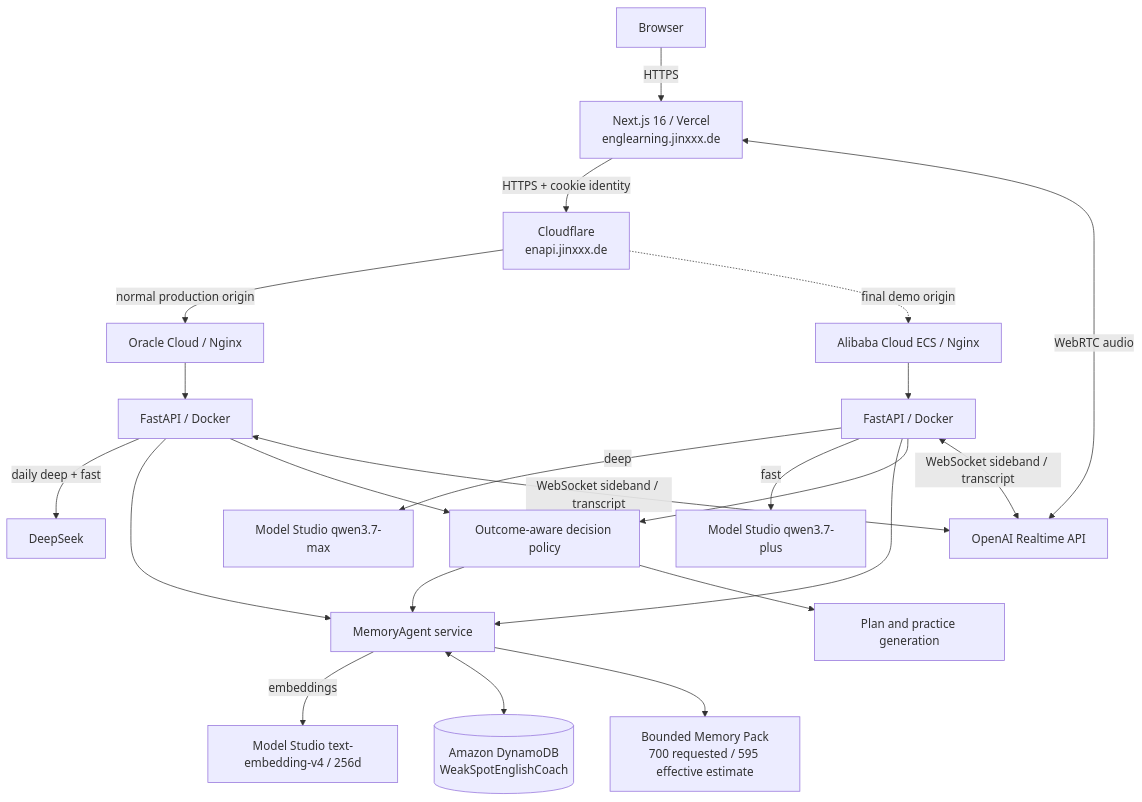
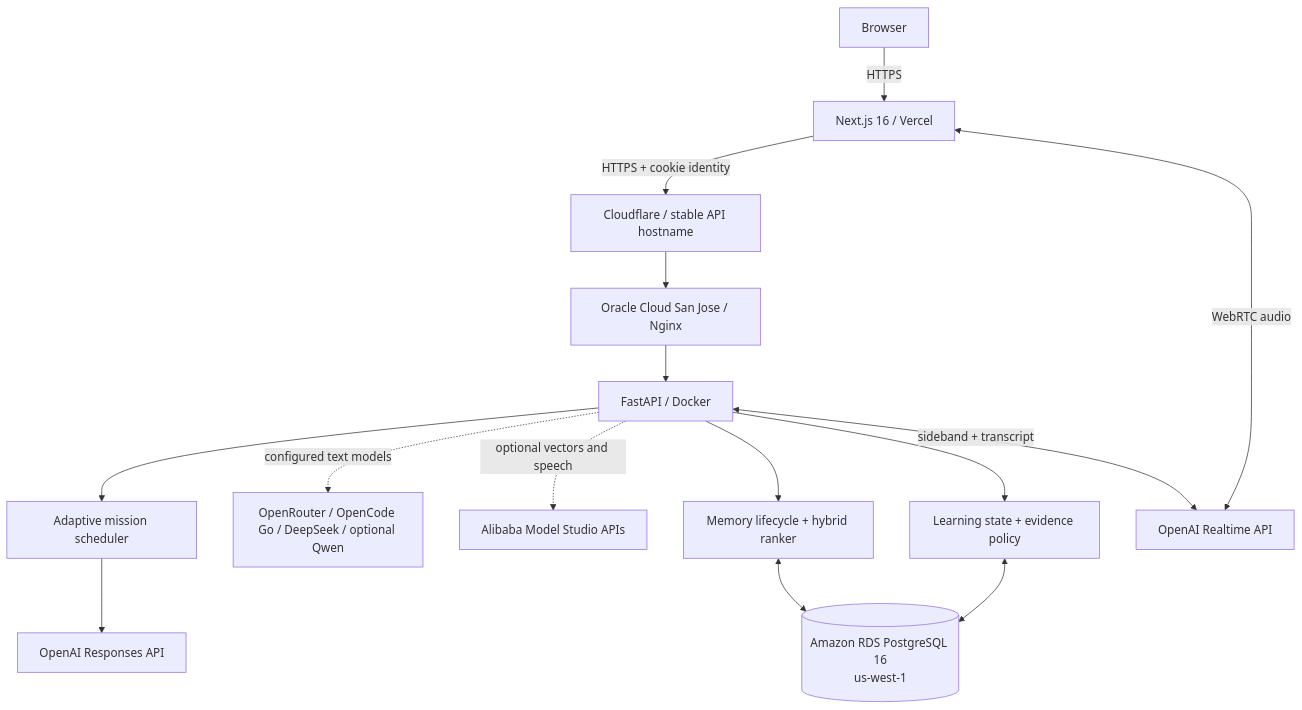
The first of 2 diagrams in docs/ARCHITECTURE.md (jinyu-cai/weakspot-english-coach), drawn with Mermaid before and after one commit. The commit also changed other lines of this file and 80 other files, not shown here.

First line of the commit message:
Migrate learner storage from DynamoDB to RDS PostgreSQL

````diff
--- a/docs/ARCHITECTURE.md
+++ b/docs/ARCHITECTURE.md
@@ -9,28 +8,20 @@
 ```mermaid
 flowchart TB
-    User[Browser] -->|HTTPS| Web[Next.js 16 / Vercel\nenglearning.jinxxx.de]
-    Web -->|HTTPS + cookie identity| Edge[Cloudflare\nenapi.jinxxx.de]
-    Edge -->|normal production origin| OracleNginx[Oracle Cloud / Nginx]
-    Edge -. final demo origin .-> AliNginx[Alibaba Cloud ECS / Nginx]
-    OracleNginx --> OracleAPI[FastAPI / Docker]
-    AliNginx --> AliAPI[FastAPI / Docker]
+    User[Browser] -->|HTTPS| Web[Next.js 16 / Vercel]
+    Web -->|HTTPS + cookie identity| Edge[Cloudflare / stable API hostname]
+    Edge --> OracleNginx[Oracle Cloud San Jose / Nginx]
+    OracleNginx --> API[FastAPI / Docker]
 
-    OracleAPI -->|daily deep + fast| DeepSeek[DeepSeek]
-    AliAPI -->|deep| Max[Model Studio qwen3.7-max]
-    AliAPI -->|fast| Plus[Model Studio qwen3.7-plus]
+    API --> Scheduler[Adaptive mission scheduler]
+    Scheduler --> OpenAI[OpenAI Responses API]
+    API -. configured text models .-> Providers[OpenRouter / OpenCode Go / DeepSeek / optional Qwen]
+    API -. optional vectors and speech .-> ModelStudio[Alibaba Model Studio APIs]
 
-    OracleAPI --> Mem[MemoryAgent service]
-    AliAPI --> Mem
-    Mem -->|embeddings| Emb[Model Studio text-embedding-v4 / 256d]
-    Mem <--> DB[(Amazon DynamoDB\nWeakSpotEnglishCoach)]
-    Mem --> Pack[Bounded Memory Pack\n700 requested / 595 effective estimate]
-
-    OracleAPI --> Decide[Outcome-aware decision policy]
-    AliAPI --> Decide
-    Decide --> Mem
-    Decide --> Practice[Plan and practice generation]
+    API --> Memory[Memory lifecycle + hybrid ranker]
+    API --> Learning[Learning state + evidence policy]
+    Memory <--> DB[(Amazon RDS PostgreSQL 16\nus-west-1)]
+    Learning <--> DB
 
     Voice[OpenAI Realtime API] <-->|WebRTC audio| Web
-    OracleAPI <-->|WebSocket sideband / transcript| Voice
-    AliAPI <-->|WebSocket sideband / transcript| Voice
+    API <-->|sideband + transcript| Voice
 ```
````
